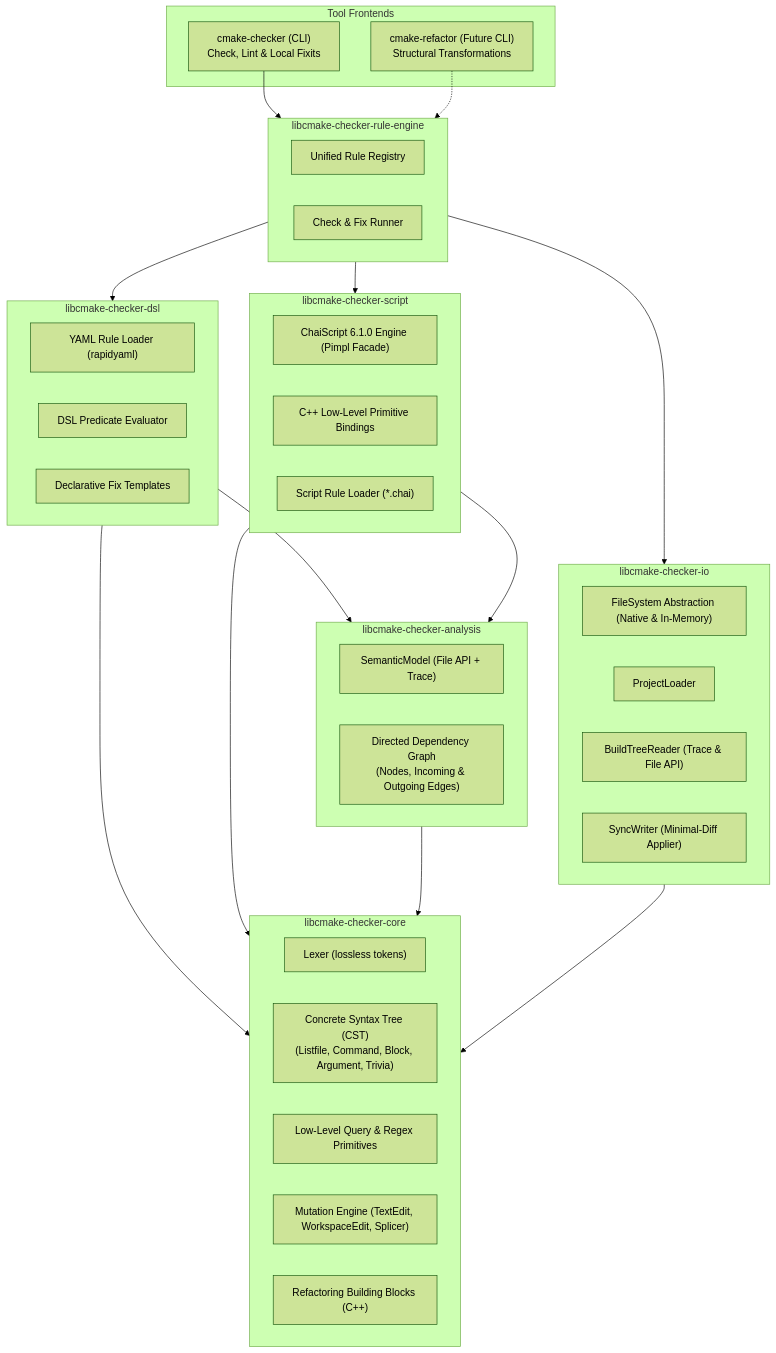
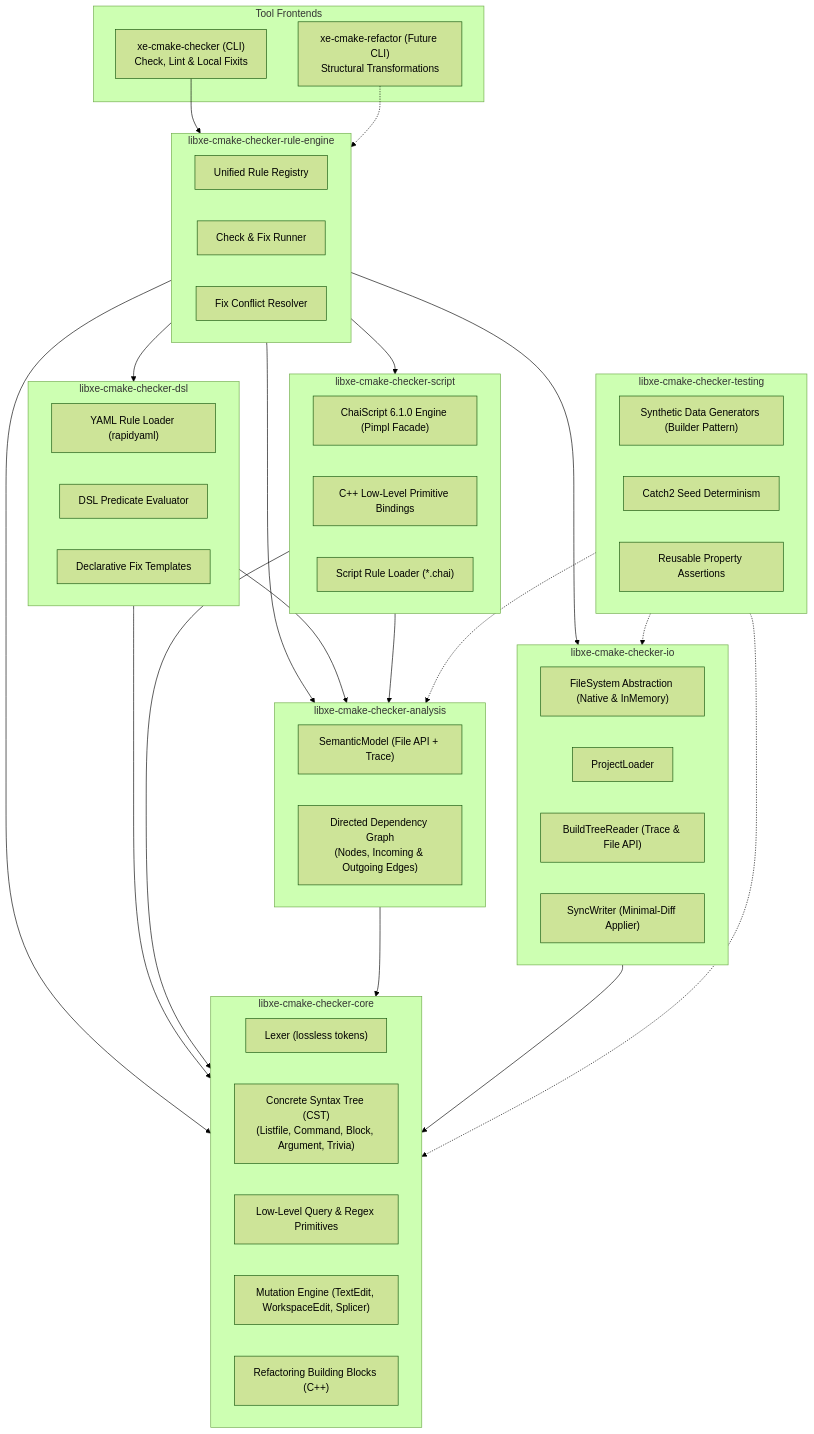
Before and after one commit to XenoideSoftware/Xenoide: the first of 2 diagrams in docs/plans/CMAKE_STYLE_CHECKER_V2.2.md, drawn with Mermaid (forest theme). The commit also changed other lines of this file and 1 other file, not shown here.

Commit message:
updated cmake-checker plan against latest our own guidelines

````diff
--- a/docs/plans/CMAKE_STYLE_CHECKER_V2.2.md
+++ b/docs/plans/CMAKE_STYLE_CHECKER_V2.2.md
@@ -34,56 +52,69 @@
 ```mermaid
 flowchart TB
     subgraph tools ["Tool Frontends"]
-        CK_CLI["cmake-checker (CLI)<br/>Check, Lint & Local Fixits"]
-        RF_CLI["cmake-refactor (Future CLI)<br/>Structural Transformations"]
+        CK_CLI["xe-cmake-checker (CLI)<br/>Check, Lint & Local Fixits"]
+        RF_CLI["xe-cmake-refactor (Future CLI)<br/>Structural Transformations"]
     end
 
-    subgraph orchestration ["libcmake-checker-rule-engine"]
+    subgraph orchestration ["libxe-cmake-checker-rule-engine"]
         RULE_REG["Unified Rule Registry"]
         RUNNER["Check & Fix Runner"]
+        RESOLVER["Fix Conflict Resolver"]
     end
 
-    subgraph dsl_lib ["libcmake-checker-dsl"]
+    subgraph dsl_lib ["libxe-cmake-checker-dsl"]
         YAML_LOADER["YAML Rule Loader (rapidyaml)"]
         DSL_EVAL["DSL Predicate Evaluator"]
         DSL_TEMPLATES["Declarative Fix Templates"]
     end
 
-    subgraph script_lib ["libcmake-checker-script"]
+    subgraph script_lib ["libxe-cmake-checker-script"]
         CHAI_VM["ChaiScript 6.1.0 Engine (Pimpl Facade)"]
         CHAI_BINDINGS["C++ Low-Level Primitive Bindings"]
         CHAI_LOADER["Script Rule Loader (*.chai)"]
     end
 
-    subgraph analysis ["libcmake-checker-analysis"]
+    subgraph analysis ["libxe-cmake-checker-analysis"]
         SEM["SemanticModel (File API + Trace)"]
         GRAPH["Directed Dependency Graph<br/>(Nodes, Incoming & Outgoing Edges)"]
     end
 
-    subgraph core ["libcmake-checker-core"]
+    subgraph core ["libxe-cmake-checker-core"]
         LX["Lexer (lossless tokens)"]
         CST["Concrete Syntax Tree (CST)<br/>(Listfile, Command, Block, Argument, Trivia)"]
         PRIMS["Low-Level Query & Regex Primitives"]
         MUT["Mutation Engine (TextEdit, WorkspaceEdit, Splicer)"]
         REFACTOR_PRIMS["Refactoring Building Blocks (C++)"]
     end
 
-    subgraph io ["libcmake-checker-io"]
-        FS["FileSystem Abstraction (Native & In-Memory)"]
+    subgraph io ["libxe-cmake-checker-io"]
+        FS["FileSystem Abstraction (Native & InMemory)"]
         LOADER["ProjectLoader"]
         READER["BuildTreeReader (Trace & File API)"]
         WRITER["SyncWriter (Minimal-Diff Applier)"]
+    end
+
+    subgraph testing ["libxe-cmake-checker-testing"]
+        GEN["Synthetic Data Generators (Builder Pattern)"]
+        SEED["Catch2 Seed Determinism"]
+        ASSERT["Reusable Property Assertions"]
     end
 
     CK_CLI --> orchestration
     RF_CLI -.-> orchestration
     orchestration --> dsl_lib
     orchestration --> script_lib
+    orchestration --> analysis
+    orchestration --> core
+    orchestration --> io
     dsl_lib --> core
     dsl_lib --> analysis
     script_lib --> core
     script_lib --> analysis
     analysis --> core
     io --> core
-    orchestration --> io
+
+    testing -.-> core
+    testing -.-> analysis
+    testing -.-> io
 ```
````
